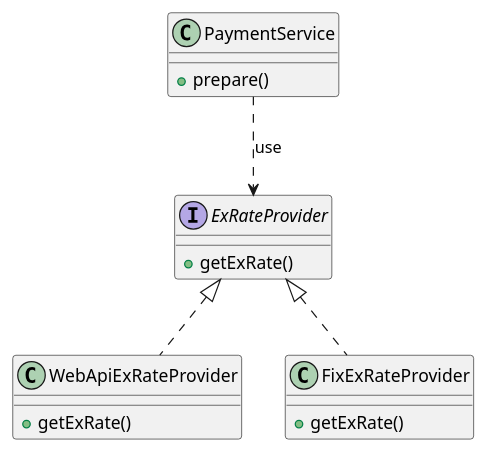
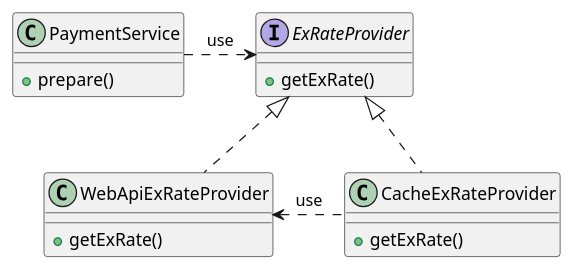
Before and after one commit to autumn-sun91/toby-spring-in-action: the diagram in content/interface.puml, drawn with PlantUML. The commit also changed 11 other files, not shown here.

```diff
--- a/content/interface.puml
+++ b/content/interface.puml
@@ -1,20 +1,21 @@
 @startuml
 'https://plantuml.com/class-diagram
 
 class PaymentService {
     +prepare()
 }
 interface ExRateProvider {
     +getExRate()
 }
 class WebApiExRateProvider implements ExRateProvider {
     +getExRate()
 }
-class FixExRateProvider implements ExRateProvider {
+class CacheExRateProvider implements ExRateProvider {
     +getExRate()
 }
 
-PaymentService ..> ExRateProvider: use
+PaymentService .right.> ExRateProvider: use
+CacheExRateProvider .left.> WebApiExRateProvider: use
 
 
 @enduml
```
